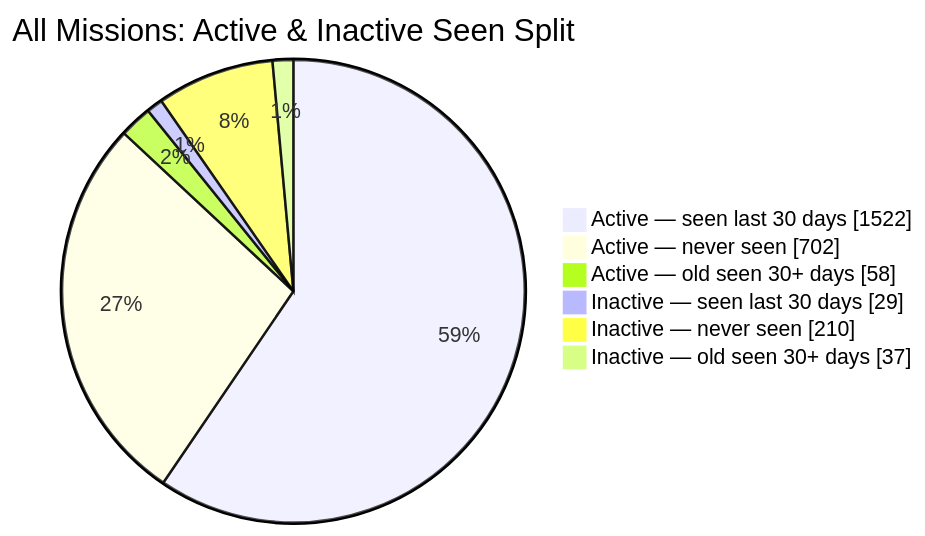
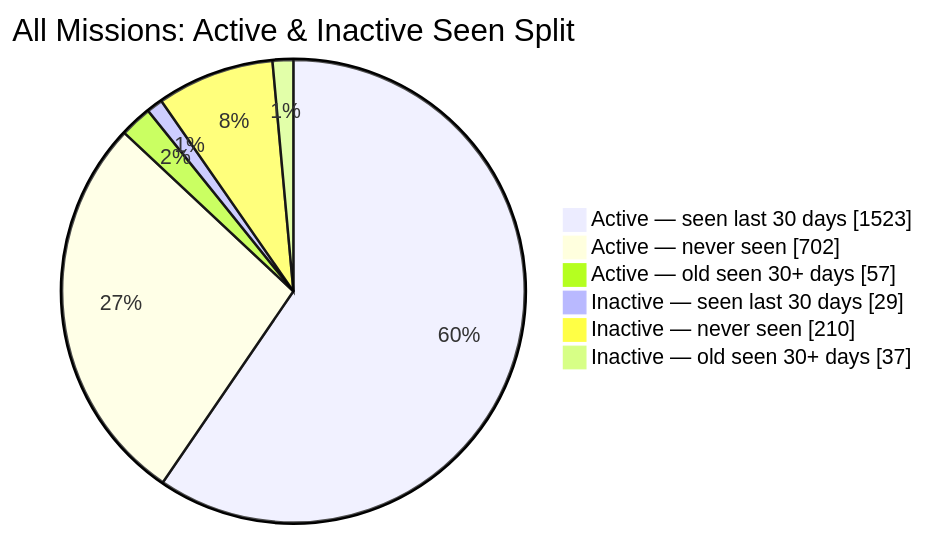
Before and after one commit to MeldkamerspelGameTeam/active-missions: the second of 2 diagrams in README.md, drawn with Mermaid. The commit also changed other lines of this file and 2 other files, not shown here.

````diff
--- a/README.md
+++ b/README.md
@@ -44,10 +44,10 @@
 ```mermaid
 pie showData
     title All Missions: Active & Inactive Seen Split
-    "Active — seen last 30 days" : 1522
+    "Active — seen last 30 days" : 1523
     "Active — never seen" : 702
-    "Active — old seen 30+ days" : 58
+    "Active — old seen 30+ days" : 57
     "Inactive — seen last 30 days" : 29
     "Inactive — never seen" : 210
     "Inactive — old seen 30+ days" : 37
 ```
````
